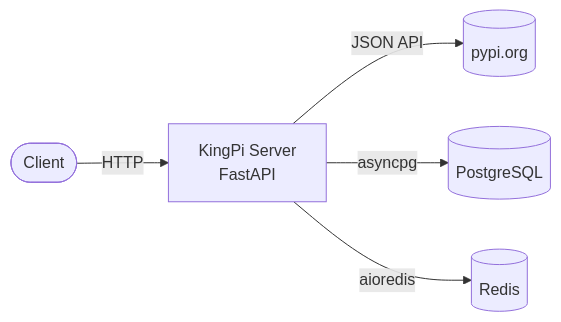
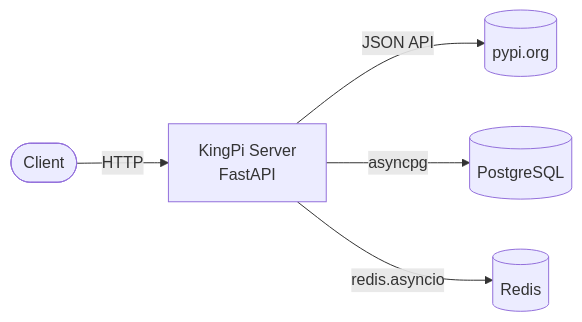
The first of 6 diagrams in docs/architecture.md (safa0/kingpi-server), drawn with Mermaid before and after one commit. The commit also changed other lines of this file, not shown here.

First line of the commit message:
docs: fix architecture diagram inaccuracies

````diff
--- a/docs/architecture.md
+++ b/docs/architecture.md
@@ -5,13 +5,13 @@
 ```mermaid
 graph LR
     Client([Client])
     KingPi[KingPi Server<br/>FastAPI]
     PyPI[(pypi.org)]
     PG[(PostgreSQL)]
     Redis[(Redis)]
 
     Client -->|HTTP| KingPi
     KingPi -->|JSON API| PyPI
     KingPi -->|asyncpg| PG
-    KingPi -->|aioredis| Redis
+    KingPi -->|redis.asyncio| Redis
 ```
````
